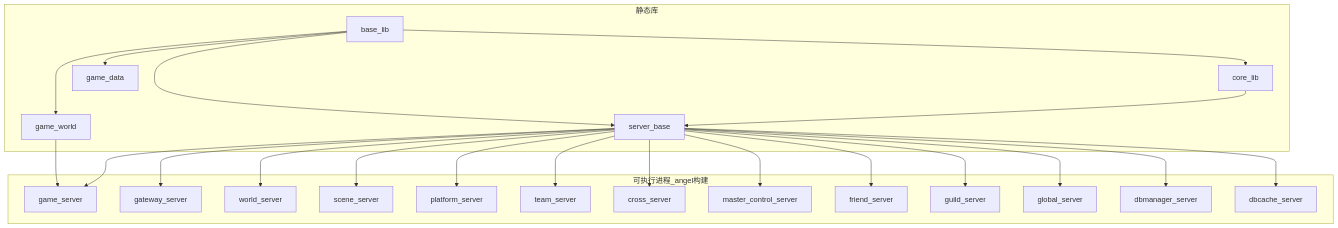
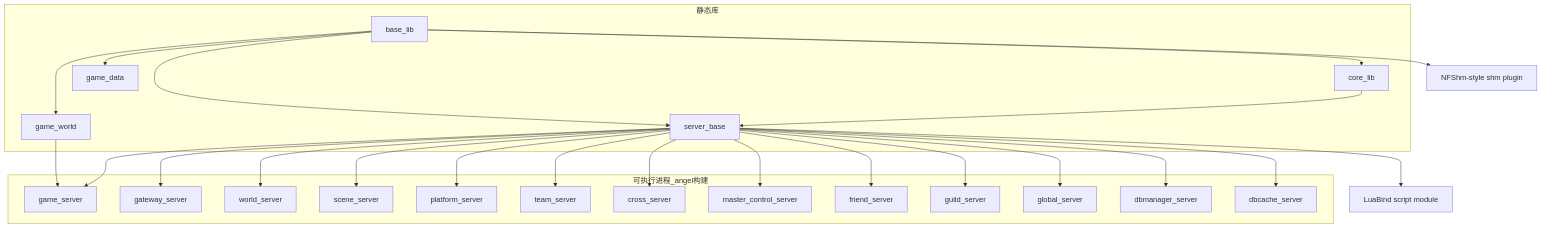
Before and after one commit to kunwl123456/Angel: the second of 3 diagrams in README.md, drawn with Mermaid. The commit also changed other lines of this file and 29 other files, not shown here.

````diff
--- a/README.md
+++ b/README.md
@@ -86,44 +88,46 @@
 ```mermaid
 flowchart TB
   subgraph libs [静态库]
     base_lib[base_lib]
     core_lib[core_lib]
     game_data[game_data]
     game_world[game_world]
     server_base[server_base]
   end
   subgraph exes [可执行进程_angel构建]
     gs[game_server]
     gw[gateway_server]
     ws[world_server]
     ss[scene_server]
     ps[platform_server]
     ts[team_server]
     cs[cross_server]
     mcs[master_control_server]
     fs[friend_server]
     guild[guild_server]
     global[global_server]
     dbm[dbmanager_server]
     dbc[dbcache_server]
   end
   base_lib --> core_lib
   base_lib --> game_data
   base_lib --> game_world
   base_lib --> server_base
+  base_lib --> nfshm[NFShm-style shm plugin]
+  server_base --> lua[LuaBind script module]
   core_lib --> server_base
   game_world --> gs
   server_base --> gs
   server_base --> gw
   server_base --> ws
   server_base --> ss
   server_base --> ps
   server_base --> ts
   server_base --> cs
   server_base --> mcs
   server_base --> fs
   server_base --> guild
   server_base --> global
   server_base --> dbm
   server_base --> dbc
 ```
````
